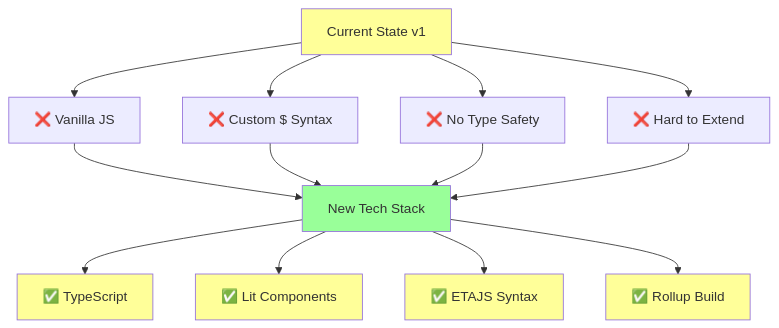
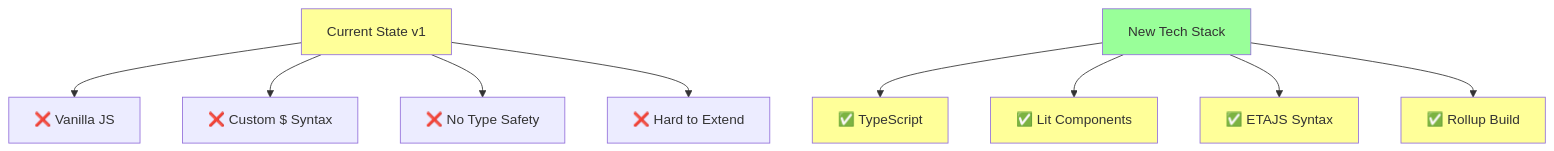
Before and after one commit to daredoes/linked-lovelace-ui: diagram 16 of 22 in docs_site/api-evolution.md, drawn with Mermaid. The commit also changed other lines of this file and 1 other file, not shown here.

First line of the commit message:
Fix Mermaid diagram syntax errors in documentation

````diff
--- a/docs_site/api-evolution.md
+++ b/docs_site/api-evolution.md
@@ -504,24 +407,20 @@
 ```mermaid
 flowchart TD
     A[Current State v1] --> B[❌ Vanilla JS]
     A --> C[❌ Custom $ Syntax]
     A --> D[❌ No Type Safety]
     A --> E[❌ Hard to Extend]
     
-    B --> F[New Tech Stack]
-    C --> F
-    D --> F
-    E --> F
-    
+    F[New Tech Stack]
     F --> G[✅ TypeScript]
     F --> H[✅ Lit Components]
     F --> I[✅ ETAJS Syntax]
     F --> J[✅ Rollup Build]
     
     style A fill:#ff9
     style F fill:#9f9
     style G fill:#ff9
     style H fill:#ff9
     style I fill:#ff9
     style J fill:#ff9
 ```
````
